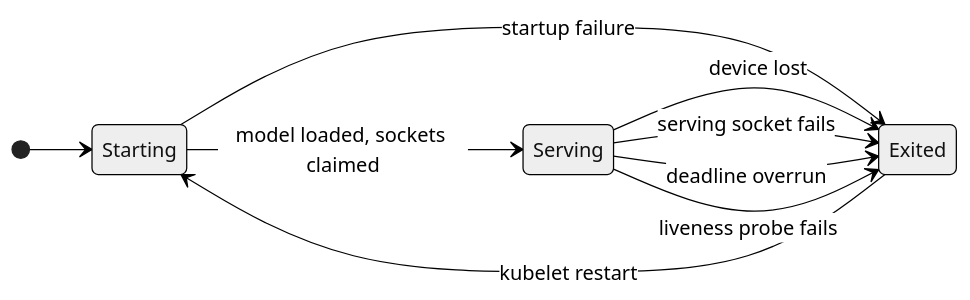
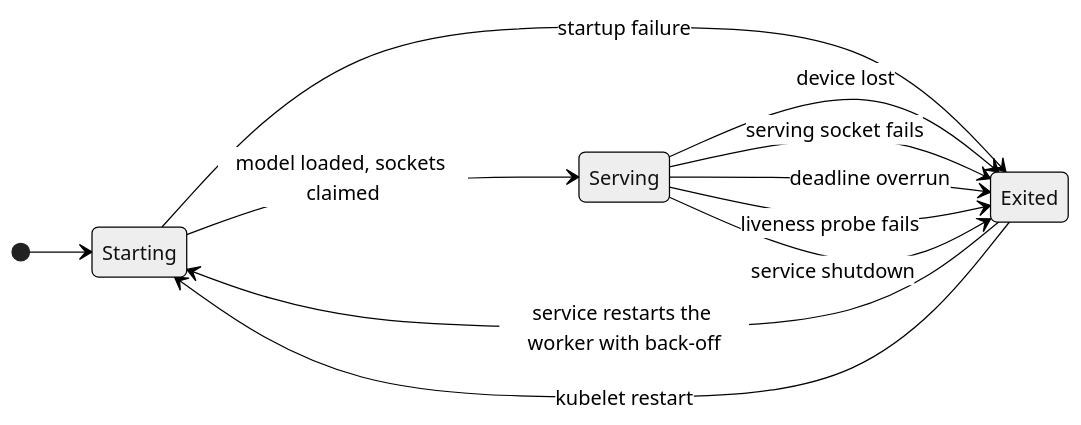
Before and after one commit to cvandesande/corvette: the second of 2 diagrams in docs/design/detection.md, drawn with Mermaid (neutral theme). The commit also changed other lines of this file, not shown here.

````diff
--- a/docs/design/detection.md
+++ b/docs/design/detection.md
@@ -83,12 +84,14 @@
 ```mermaid
 stateDiagram-v2
     direction LR
     [*] --> Starting
     Starting --> Serving: model loaded, sockets claimed
     Starting --> Exited: startup failure
     Serving --> Exited: device lost
     Serving --> Exited: serving socket fails
     Serving --> Exited: deadline overrun
     Serving --> Exited: liveness probe fails
+    Serving --> Exited: service shutdown
+    Exited --> Starting: service restarts the worker with back-off
     Exited --> Starting: kubelet restart
 ```
````
